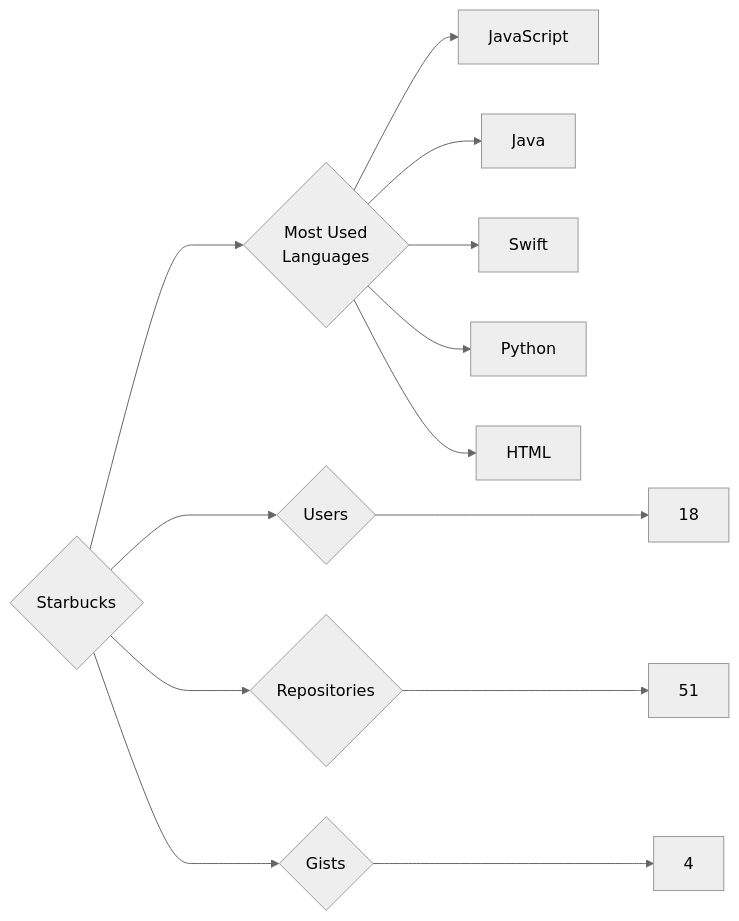
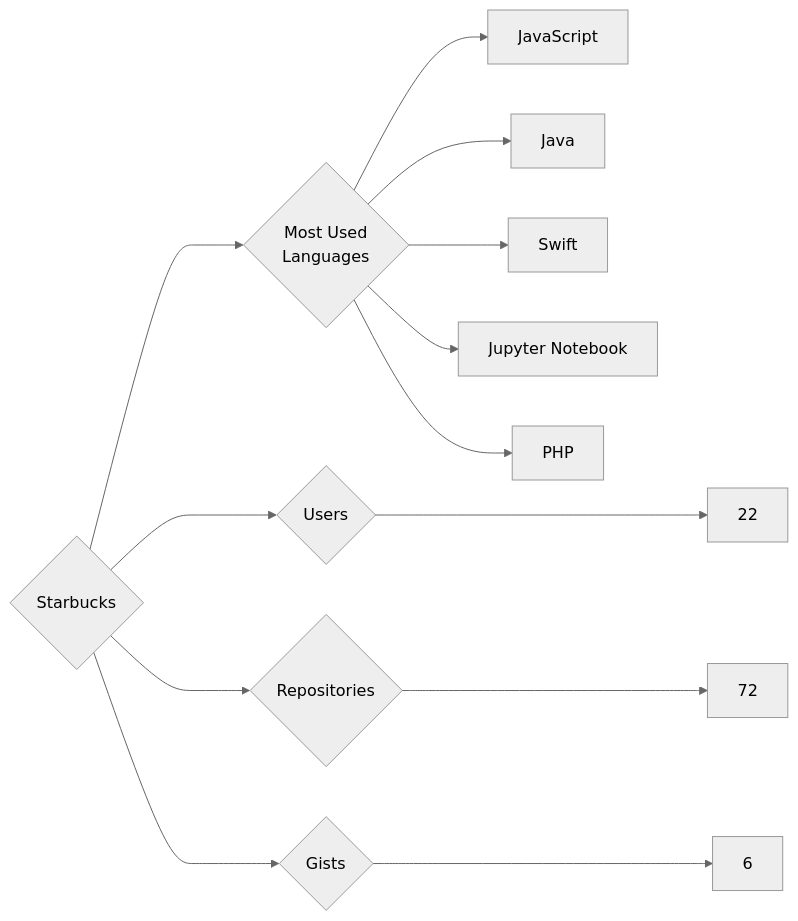
Before and after one commit to trickest/insiders: the diagram in targets/Starbucks/README.md, drawn with Mermaid (neutral theme). The commit also changed 964 other files, not shown here.

````diff
--- a/targets/Starbucks/README.md
+++ b/targets/Starbucks/README.md
@@ -3,13 +3,13 @@
 ```mermaid
 graph LR
 COMPANY_NAME{Starbucks}
-COMPANY_NAME ---> U{Users} ---> UN[18]
-COMPANY_NAME ---> R{Repositories} ---> RN[51]
-COMPANY_NAME ---> G{Gists} ---> GN[4]
+COMPANY_NAME ---> U{Users} ---> UN[22]
+COMPANY_NAME ---> R{Repositories} ---> RN[72]
+COMPANY_NAME ---> G{Gists} ---> GN[6]
 COMPANY_NAME ---> ML{Most Used<br>Languages}
 ML --> JavaScript[JavaScript]
 ML --> Java[Java]
 ML --> Swift[Swift]
-ML --> Python[Python]
-ML --> HTML[HTML]
+ML --> Jupyter_Notebook[Jupyter Notebook]
+ML --> PHP[PHP]
 ```
````
